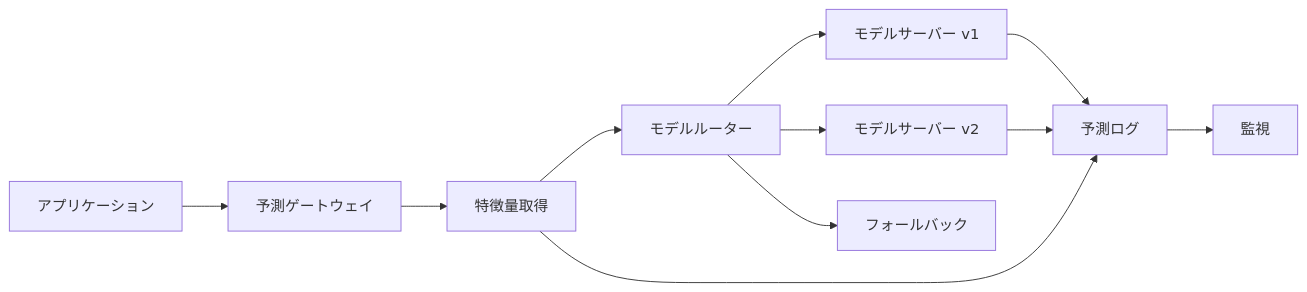
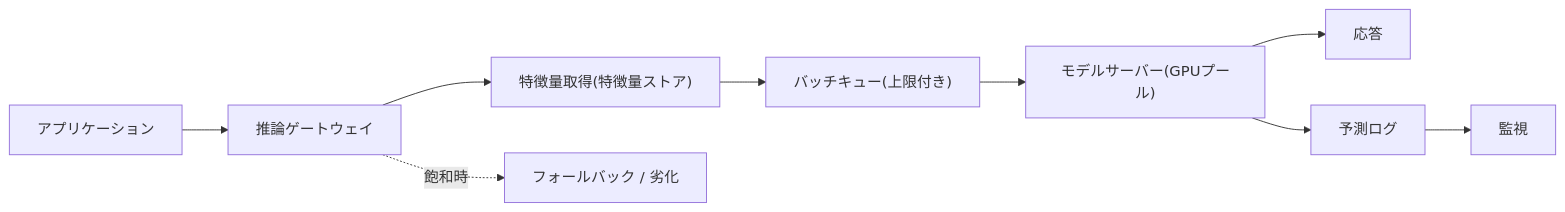
Before and after one commit to binarydevelop/system-design-patterns: the diagram in ja/16-ml-systems/03-model-serving.md, drawn with Mermaid. The commit also changed other lines of this file and 3 other files, not shown here.

````diff
--- a/ja/16-ml-systems/03-model-serving.md
+++ b/ja/16-ml-systems/03-model-serving.md
@@ -38,14 +101,11 @@
 ```mermaid
 flowchart LR
-    CLIENT["アプリケーション"] --> GW["予測ゲートウェイ"]
-    GW --> FEAT["特徴量取得"]
-    FEAT --> ROUTER["モデルルーター"]
-    ROUTER --> M1["モデルサーバー v1"]
-    ROUTER --> M2["モデルサーバー v2"]
-    ROUTER --> FALL["フォールバック"]
-
-    M1 --> LOG["予測ログ"]
-    M2 --> LOG
-    FEAT --> LOG
+    APP["アプリケーション"] --> GW["推論ゲートウェイ"]
+    GW --> FEAT["特徴量取得(特徴量ストア)"]
+    FEAT --> Q["バッチキュー(上限付き)"]
+    Q --> SRV["モデルサーバー(GPUプール)"]
+    SRV --> RESP["応答"]
+    SRV --> LOG["予測ログ"]
+    GW -. 飽和時 .-> FALL["フォールバック / 劣化"]
     LOG --> MON["監視"]
 ```
````
